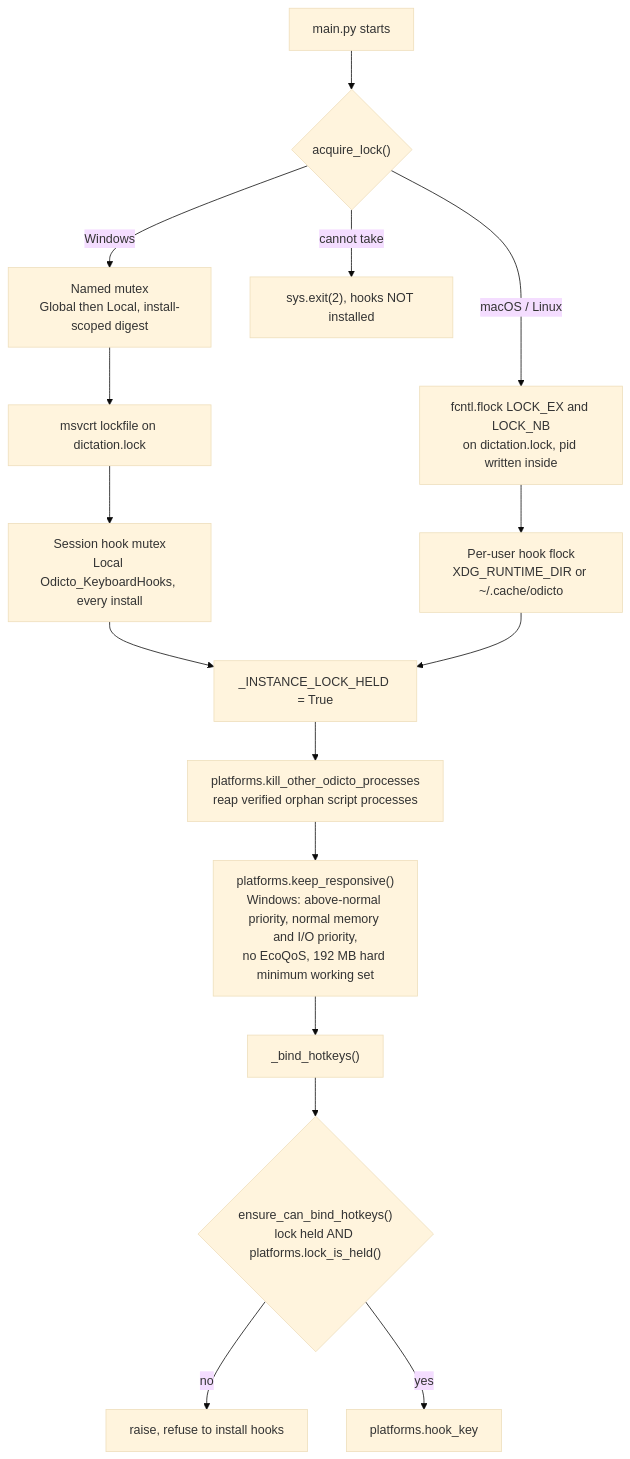
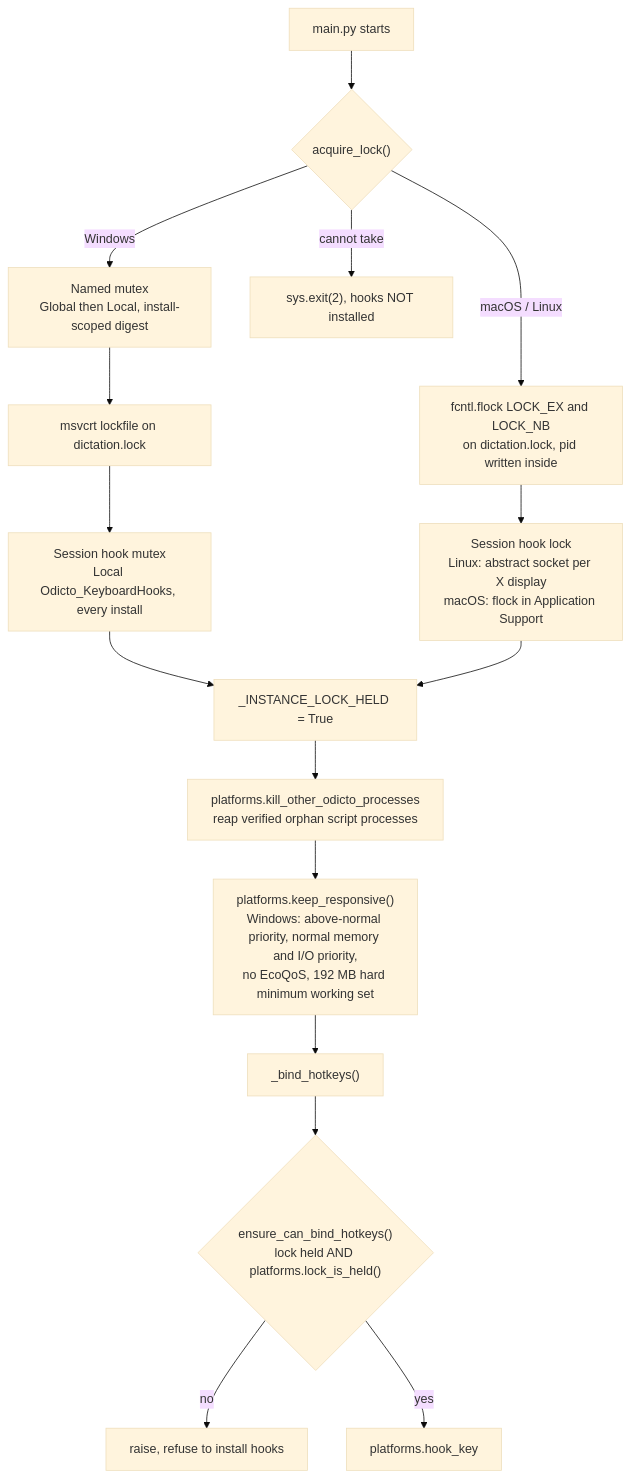
Before and after one commit to Gargeya-Grey/Odicto: the sixth of 7 diagrams in docs/architecture.md, drawn with Mermaid (base theme). The commit also changed other lines of this file and 7 other files, not shown here.

First line of the commit message:
Hook lock: fix the first review's findings

````diff
--- a/docs/architecture.md
+++ b/docs/architecture.md
@@ -498,18 +498,18 @@
 ```mermaid
 graph TD
     Start["main.py starts"] --> Lock{"acquire_lock()"}
     Lock -->|Windows| Mutex["Named mutex<br/>Global then Local, install-scoped digest"]
     Mutex --> LockFile["msvcrt lockfile on dictation.lock"]
     LockFile --> HookMutex["Session hook mutex<br/>Local Odicto_KeyboardHooks, every install"]
     Lock -->|macOS / Linux| Flock["fcntl.flock LOCK_EX and LOCK_NB<br/>on dictation.lock, pid written inside"]
-    Flock --> HookFlock["Per-user hook flock<br/>XDG_RUNTIME_DIR or ~/.cache/odicto"]
+    Flock --> HookFlock["Session hook lock<br/>Linux: abstract socket per X display<br/>macOS: flock in Application Support"]
     HookMutex --> Held["_INSTANCE_LOCK_HELD = True"]
     HookFlock --> Held
     Lock -->|cannot take| Exit["sys.exit(2), hooks NOT installed"]
     Held --> Kill["platforms.kill_other_odicto_processes<br/>reap verified orphan script processes"]
     Kill --> Keep["platforms.keep_responsive()<br/>Windows: above-normal priority, normal memory and I/O priority,<br/>no EcoQoS, 192 MB hard minimum working set"]
     Keep --> Bind["_bind_hotkeys()"]
     Bind --> Gate{"ensure_can_bind_hotkeys()<br/>lock held AND platforms.lock_is_held()"}
     Gate -->|no| NoHooks["raise, refuse to install hooks"]
     Gate -->|yes| Hooks["platforms.hook_key"]
 ```
````
